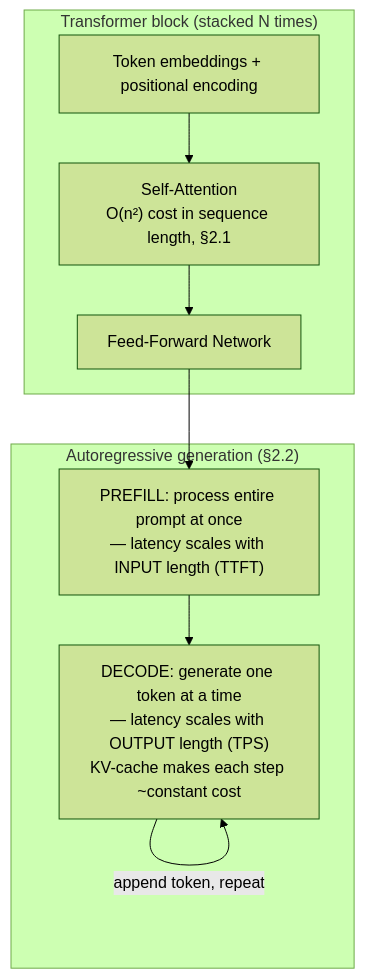
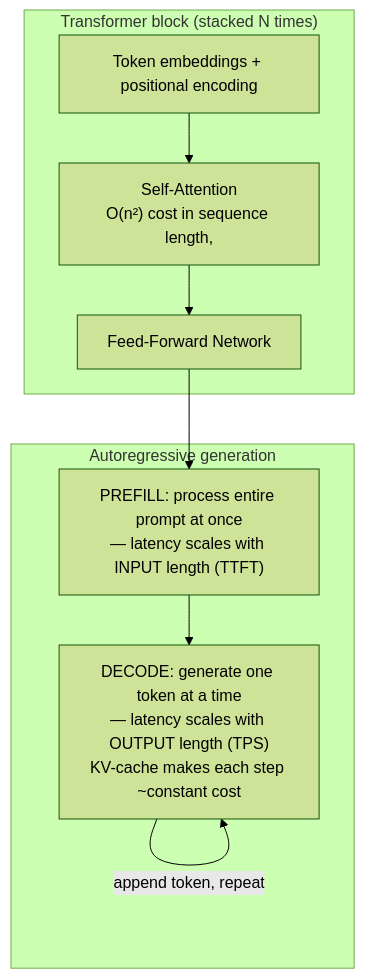
One commit to umashankarp/InterviewQuestions changed the second of 2 diagrams in 44-AI-Systems/01-AI-Systems-LLM-Fundamentals-Transformers-Tokenization-Inference.md. Above: the diagram before and after it, drawn with Mermaid (forest theme). The commit also changed other lines of this file and 173 other files, not shown here.

````diff
--- a/44-AI-Systems/01-AI-Systems-LLM-Fundamentals-Transformers-Tokenization-Inference.md
+++ b/44-AI-Systems/01-AI-Systems-LLM-Fundamentals-Transformers-Tokenization-Inference.md
@@ -253,18 +253,18 @@
 ```mermaid
 graph TB
-    subgraph "Transformer block (stacked N times)"
-        Input[Token embeddings + positional encoding]
-        Attn["Self-Attention<br/>O(n²) cost in sequence length, §2.1"]
-        FFN[Feed-Forward Network]
-        Input --> Attn --> FFN
-    end
+ subgraph "Transformer block (stacked N times)"
+ Input[Token embeddings + positional encoding]
+ Attn["Self-Attention<br/>O(n²) cost in sequence length,"]
+ FFN[Feed-Forward Network]
+ Input --> Attn --> FFN
+ end
 
-    subgraph "Autoregressive generation (§2.2)"
-        Prefill["PREFILL: process entire prompt at once<br/>— latency scales with INPUT length (TTFT)"]
-        Decode["DECODE: generate one token at a time<br/>— latency scales with OUTPUT length (TPS)<br/>KV-cache makes each step ~constant cost"]
-        Prefill --> Decode
-        Decode -->|append token, repeat| Decode
-    end
+ subgraph "Autoregressive generation"
+ Prefill["PREFILL: process entire prompt at once<br/>— latency scales with INPUT length (TTFT)"]
+ Decode["DECODE: generate one token at a time<br/>— latency scales with OUTPUT length (TPS)<br/>KV-cache makes each step ~constant cost"]
+ Prefill --> Decode
+ Decode -->|append token, repeat| Decode
+ end
 
-    FFN --> Prefill
+ FFN --> Prefill
 ```
````
